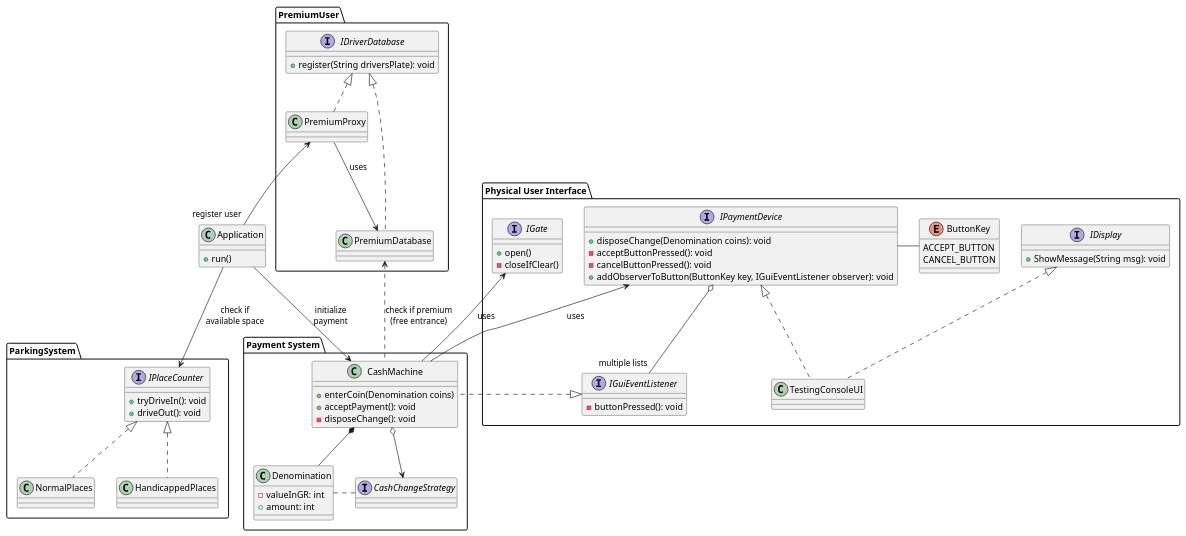
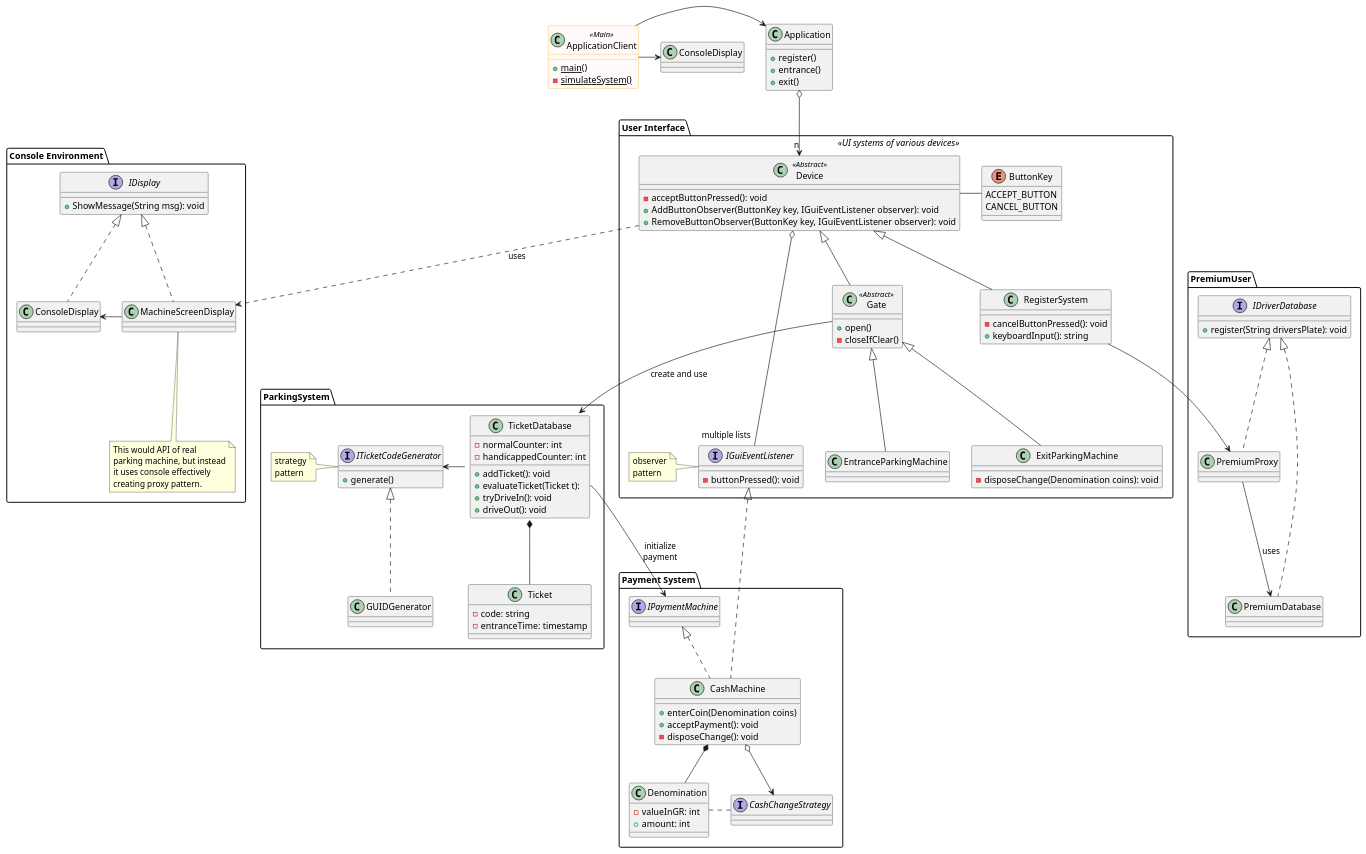
The diagram in uml/main_uml.puml (CKTA00/TO_proj), drawn with PlantUML before and after one commit.

Commit message:
UML: Redesigned whole model

```diff
--- a/uml/main_uml.puml
+++ b/uml/main_uml.puml
@@ -1,112 +1,182 @@
 @startuml
+
+skinparam class {
+BackgroundColor<<Main>> Snow
+BorderColor<<Main>> Orange
+}
+skinparam stereotypeCBackgroundColor<< Main >> Khaki
+
+class ApplicationClient<<Main>>
+{
+    +{static}main()
+    -{static}simulateSystem()
+}
 
 class Application
 {
-    +run()
+    +register()
+    +entrance()
+    +exit()
 }
 
-
+ApplicationClient -> Application
+ApplicationClient -> ConsoleDisplay
 
 package "Payment System"{
-   class CashMachine
+   interface IPaymentMachine
+   {
+   }
+
+   class CashMachine implements IPaymentMachine
    {
        +enterCoin(Denomination coins)
        +acceptPayment(): void
        -disposeChange(): void
    }
 
    class Denomination
    {
        -valueInGR: int
        +amount: int
    }
 
    interface CashChangeStrategy
    {
 
    }
 }
 
-
-package "Physical User Interface"{
+package "Console Environment"{
     interface IDisplay{
         +ShowMessage(String msg): void
     }
 
-    interface IPaymentDevice{
-        +disposeChange(Denomination coins): void
+    class ConsoleDisplay implements IDisplay{
+    }
+
+    class MachineScreenDisplay implements IDisplay{
+    }
+
+    Note bottom of MachineScreenDisplay: This would API of real\nparking machine, but instead\nit uses console effectively\ncreating proxy pattern.
+
+
+    MachineScreenDisplay -> ConsoleDisplay
+}
+
+
+package "User Interface"<<UI systems of various devices>>{
+
+
+    class Device <<Abstract>>{
         -acceptButtonPressed(): void
+        +AddButtonObserver(ButtonKey key, IGuiEventListener observer): void
+        +RemoveButtonObserver(ButtonKey key, IGuiEventListener observer): void
+    }
+
+
+    class RegisterSystem extends Device
+    {
         -cancelButtonPressed(): void
-        +addObserverToButton(ButtonKey key, IGuiEventListener observer): void
+        +keyboardInput(): string
     }
+
+    class Gate<<Abstract>> extends Device{
+        +open()
+        -closeIfClear()
+    }
+
+
 
     enum ButtonKey{
         ACCEPT_BUTTON
         CANCEL_BUTTON
     }
 
 
+    class ExitParkingMachine extends Gate
+    {
+        -disposeChange(Denomination coins): void
+    }
+
+    class EntranceParkingMachine extends Gate
+    {
+
+    }
+
+
     interface IGuiEventListener
     {
         -buttonPressed(): void
     }
-    'note left: observer\npattern
+    note left: observer\npattern
 
-    class TestingConsoleUI implements IDisplay,IPaymentDevice{
-    }
 
-    interface IGate{
-            +open()
-            -closeIfClear()
-        }
+    Device ..> MachineScreenDisplay: uses
 }
 
+
+
 package ParkingSystem{
-    interface IPlaceCounter{
+    class TicketDatabase{
+        -normalCounter: int
+        -handicappedCounter: int
+        +addTicket(): void
+        +evaluateTicket(Ticket t):
         +tryDriveIn(): void
         +driveOut(): void
     }
 
-    class NormalPlaces implements IPlaceCounter
-    class HandicappedPlaces implements IPlaceCounter
+    class Ticket{
+        -code: string
+        -entranceTime: timestamp
+    }
+
+    interface ITicketCodeGenerator
+    {
+        +generate()
+    }
+    note left: strategy\npattern
+
+    class GUIDGenerator implements ITicketCodeGenerator
+
+    TicketDatabase *-- Ticket
+    TicketDatabase -> ITicketCodeGenerator
+
     ' ? class PremiumPlaces implements IPlaceCounter
 }
 
 package PremiumUser{
 
     interface IDriverDatabase
     {
         +register(String driversPlate): void
     }
     class PremiumProxy implements IDriverDatabase{
 
     }
     class PremiumDatabase implements IDriverDatabase{
     }
 
 
     PremiumProxy --> PremiumDatabase :uses
 }
 
-PremiumDatabase <.. CashMachine :check if premium\n(free entrance)
-
-
-
-
 CashMachine o--> CashChangeStrategy
 CashMachine *-- Denomination
 Denomination . CashChangeStrategy
 
-IGate <-- CashMachine :uses
+
 IGuiEventListener <|.. CashMachine
-CashMachine --> IPaymentDevice :uses
 
-IPaymentDevice o--"multiple lists" IGuiEventListener
 
-Application --> CashMachine :initialize\npayment
-Application --> IPlaceCounter :check if\navailable space
-PremiumProxy <-- "register user" Application
+Device o---"multiple lists" IGuiEventListener
 
-IPaymentDevice - ButtonKey
+Gate --> TicketDatabase: create and use
+RegisterSystem --> PremiumProxy
+
+TicketDatabase::evaluateTicket --> IPaymentMachine :initialize\npayment
+Application o-->"n" Device
+
+Device - ButtonKey
 
 @enduml
```
